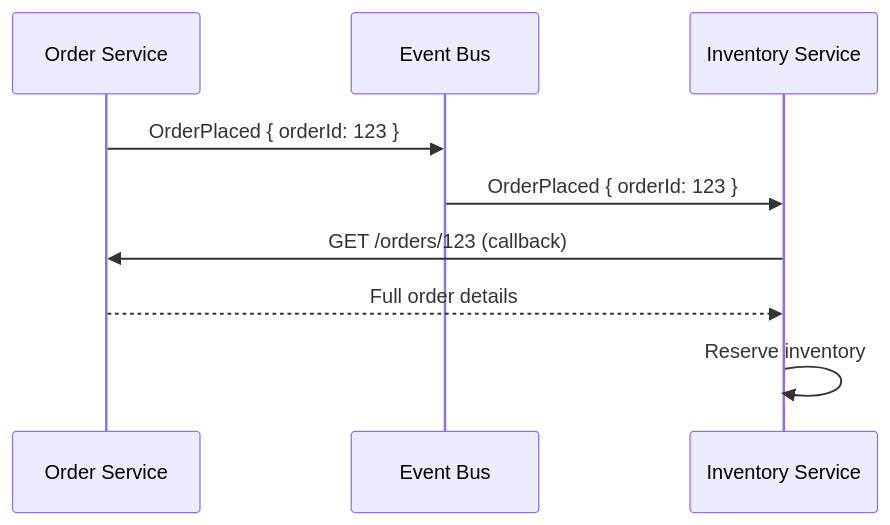
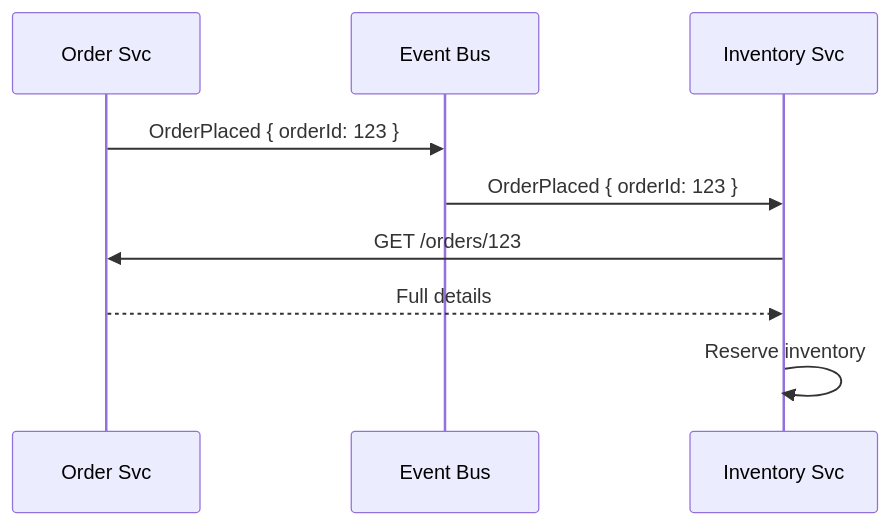
The third of 16 diagrams in Sessions/Event-Driven Architecture/Slides.md (calmrocks/system-design-dive-deep), drawn with Mermaid before and after one commit. The commit also changed other lines of this file and 2 other files, not shown here.

```diff
--- a/Sessions/Event-Driven Architecture/Slides.md
+++ b/Sessions/Event-Driven Architecture/Slides.md
@@ -184,12 +107,12 @@
 ~~~mermaid
 sequenceDiagram
-    participant OS as Order Service
+    participant OS as Order Svc
     participant EB as Event Bus
-    participant IS as Inventory Service
+    participant IS as Inventory Svc
 
     OS->>EB: OrderPlaced { orderId: 123 }
     EB->>IS: OrderPlaced { orderId: 123 }
-    IS->>OS: GET /orders/123 (callback)
-    OS-->>IS: Full order details
+    IS->>OS: GET /orders/123
+    OS-->>IS: Full details
     IS->>IS: Reserve inventory
 ~~~
```
